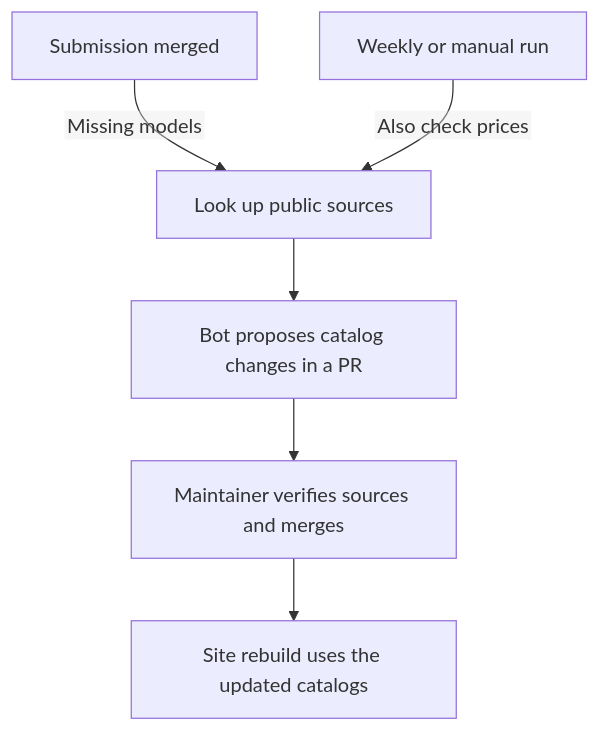
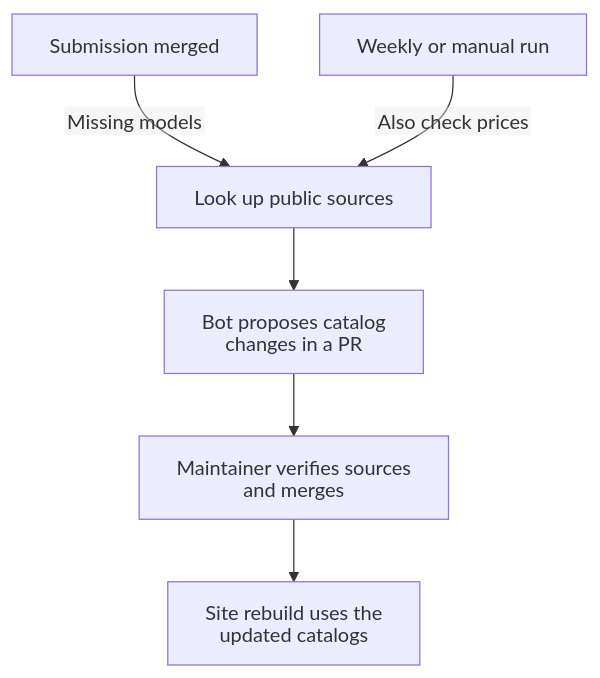
The diagram in README.md (sands-lab/nika-leaderboard), drawn with Mermaid before and after one commit.

Commit message:
docs(readme): disable HTML labels at the top level for newer Mermaid

````diff
--- a/README.md
+++ b/README.md
@@ -38,9 +38,9 @@
 ```mermaid
-%%{init: {"flowchart": {"htmlLabels": false}}}%%
+%%{init: {"htmlLabels": false, "flowchart": {"htmlLabels": false}}}%%
 flowchart TD
     New["Submission merged"] -->|Missing models| Resolve["Look up public sources"]
     Scheduled["Weekly or manual run"] -->|Also check prices| Resolve
     Resolve --> Proposal["Bot proposes catalog changes in a PR"]
     Proposal --> Review["Maintainer verifies sources and merges"]
     Review --> Site["Site rebuild uses the updated catalogs"]
 ```
````
